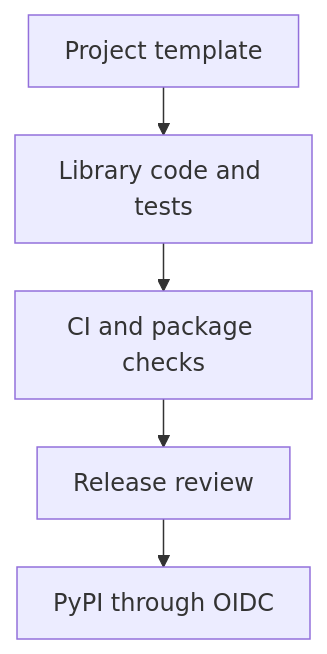
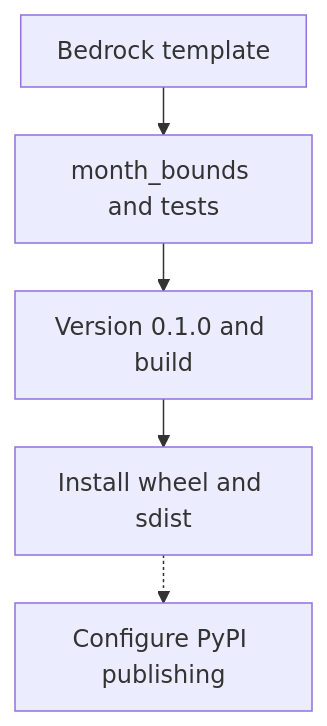
Before and after one commit to bedrock-python/bedrock-python.github.io: the diagram in docs/blog/posts/2026-09-13-python-library-from-template-to-release.md, drawn with Mermaid. The commit also changed other lines of this file and 59 other files, not shown here.

````diff
--- a/docs/blog/posts/2026-09-13-python-library-from-template-to-release.md
+++ b/docs/blog/posts/2026-09-13-python-library-from-template-to-release.md
@@ -81,22 +214,23 @@
 ```mermaid
 ---
 config:
   theme: default
   look: classic
   flowchart:
     useMaxWidth: false
     wrappingWidth: 150
     padding: 12
     nodeSpacing: 24
     rankSpacing: 32
 ---
 flowchart TD
-    accTitle: A shared process with independent releases
-    accDescr: The template defines structure and checks. Each project tests its implementation, builds an artifact and publishes its own version through an authorized workflow.
-    A["Project template"]
-    B["Library code and tests"]
-    C["CI and package checks"]
-    D["Release review"]
-    E["PyPI through OIDC"]
-    A --> B --> C --> D --> E
+    accTitle: From a useful function to an installed package
+    accDescr: The local lab runs from project generation through wheel and sdist installation. Publishing requires separate GitHub and PyPI configuration.
+    A["Bedrock template"]
+    B["month_bounds and tests"]
+    C["Version 0.1.0 and build"]
+    D["Install wheel and sdist"]
+    E["Configure PyPI publishing"]
+    A --> B --> C --> D
+    D -.-> E
 ```
````
